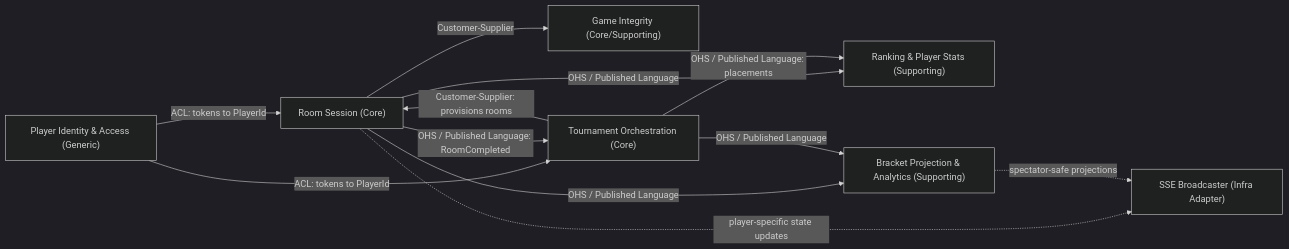
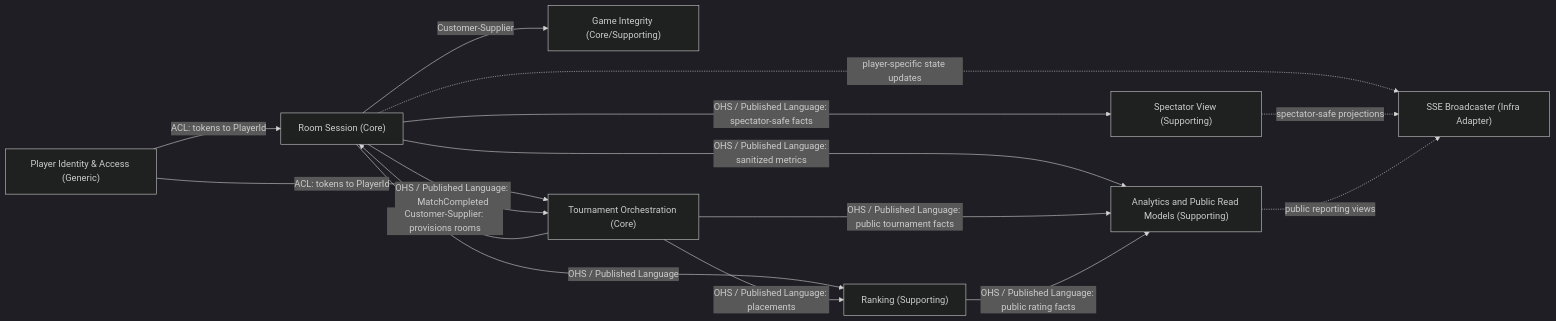
Before and after one commit to FSendot/uno-arena: the third of 3 diagrams in docs/raw/Design Assignment.md, drawn with Mermaid (dark theme). The commit also changed other lines of this file and 26 other files, not shown here.

````diff
--- a/docs/raw/Design Assignment.md
+++ b/docs/raw/Design Assignment.md
@@ -419,25 +435,29 @@
 ```mermaid
 flowchart LR
     Identity["Player Identity & Access (Generic)"]
     Room["Room Session (Core)"]
     Integrity["Game Integrity (Core/Supporting)"]
     Tournament["Tournament Orchestration (Core)"]
-    Ranking["Ranking & Player Stats (Supporting)"]
-    Projection["Bracket Projection & Analytics (Supporting)"]
+    Ranking["Ranking (Supporting)"]
+    Spectator["Spectator View (Supporting)"]
+    Analytics["Analytics and Public Read Models (Supporting)"]
     SSE["SSE Broadcaster (Infra Adapter)"]
 
     Identity -->|"ACL: tokens to PlayerId"| Room
     Identity -->|"ACL: tokens to PlayerId"| Tournament
 
     Room -->|"Customer-Supplier"| Integrity
     Tournament -->|"Customer-Supplier: provisions rooms"| Room
-    Room -->|"OHS / Published Language: RoomCompleted"| Tournament
+    Room -->|"OHS / Published Language: MatchCompleted"| Tournament
 
     Room -->|"OHS / Published Language"| Ranking
     Tournament -->|"OHS / Published Language: placements"| Ranking
-    Room -->|"OHS / Published Language"| Projection
-    Tournament -->|"OHS / Published Language"| Projection
+    Room -->|"OHS / Published Language: spectator-safe facts"| Spectator
+    Room -->|"OHS / Published Language: sanitized metrics"| Analytics
+    Tournament -->|"OHS / Published Language: public tournament facts"| Analytics
+    Ranking -->|"OHS / Published Language: public rating facts"| Analytics
 
     Room -. "player-specific state updates" .-> SSE
-    Projection -. "spectator-safe projections" .-> SSE
+    Spectator -. "spectator-safe projections" .-> SSE
+    Analytics -. "public reporting views" .-> SSE
 ```
````
